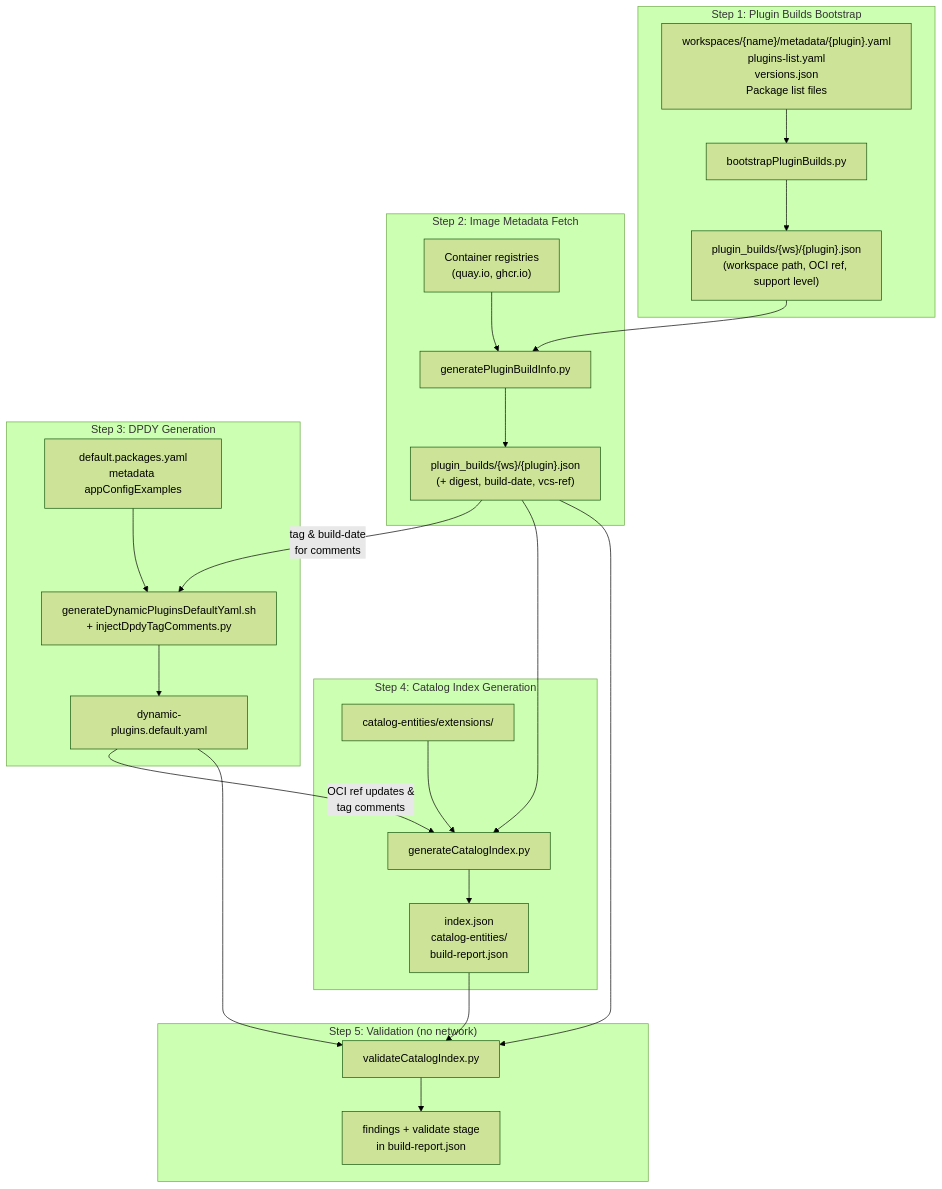
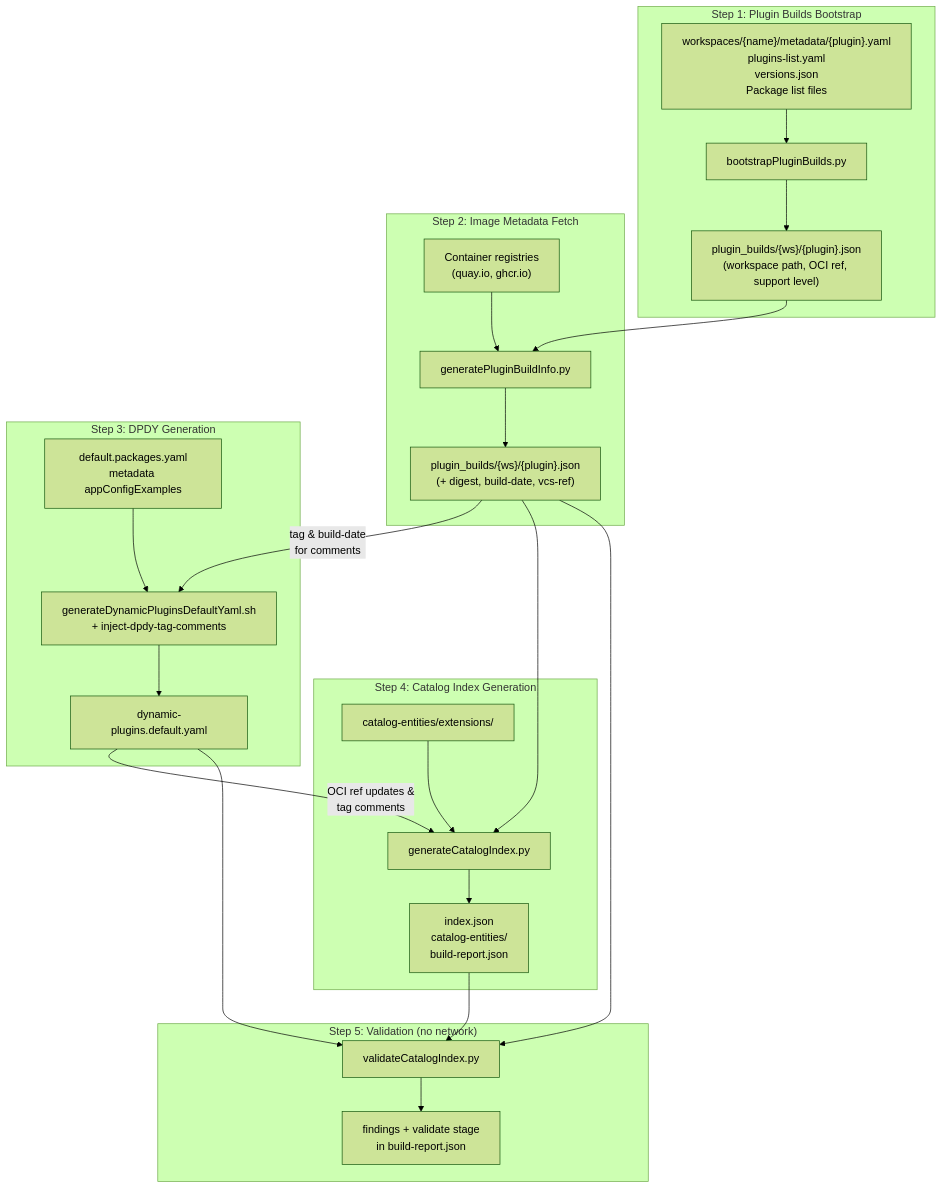
The second of 2 diagrams in user-guide/07-plugin-catalog-index.md (redhat-developer/rhdh-plugin-export-overlays), drawn with Mermaid (forest theme) before and after one commit. The commit also changed other lines of this file and 49 other files, not shown here.

First line of the commit message:
chore(scripts): port inject DPDY tag comments to TypeScript

````diff
--- a/user-guide/07-plugin-catalog-index.md
+++ b/user-guide/07-plugin-catalog-index.md
@@ -59,44 +59,44 @@
 ```mermaid
 flowchart TB
     subgraph "Step 1: Plugin Builds Bootstrap"
         S1_IN["workspaces/{name}/metadata/{plugin}.yaml<br/>plugins-list.yaml<br/>versions.json<br/>Package list files"]
         S1["bootstrapPluginBuilds.py"]
         S1_OUT["plugin_builds/{ws}/{plugin}.json<br/>(workspace path, OCI ref, support level)"]
         S1_IN --> S1 --> S1_OUT
     end
 
     subgraph "Step 2: Image Metadata Fetch"
         S2["generatePluginBuildInfo.py"]
         S2_OUT["plugin_builds/{ws}/{plugin}.json<br/>(+ digest, build-date, vcs-ref)"]
         S1_OUT --> S2
         REG["Container registries<br/>(quay.io, ghcr.io)"] --> S2
         S2 --> S2_OUT
     end
 
     subgraph "Step 3: DPDY Generation"
         S3_IN["default.packages.yaml<br/>metadata appConfigExamples"]
-        S3["generateDynamicPluginsDefaultYaml.sh<br/>+ injectDpdyTagComments.py"]
+        S3["generateDynamicPluginsDefaultYaml.sh<br/>+ inject-dpdy-tag-comments"]
         S3_OUT["dynamic-plugins.default.yaml"]
         S3_IN --> S3
         S2_OUT -- "tag & build-date<br/>for comments" --> S3
         S3 --> S3_OUT
     end
 
     subgraph "Step 4: Catalog Index Generation"
         S4["generateCatalogIndex.py"]
         S4_OUT["index.json<br/>catalog-entities/<br/>build-report.json"]
         S2_OUT --> S4
         S3_OUT -- "OCI ref updates &<br/>tag comments" --> S4
         CATS2["catalog-entities/extensions/"] --> S4
         S4 --> S4_OUT
     end
 
     subgraph "Step 5: Validation (no network)"
         S5["validateCatalogIndex.py"]
         S5_OUT["findings + validate stage<br/>in build-report.json"]
         S4_OUT --> S5
         S3_OUT --> S5
         S2_OUT --> S5
         S5 --> S5_OUT
     end
 ```
````
